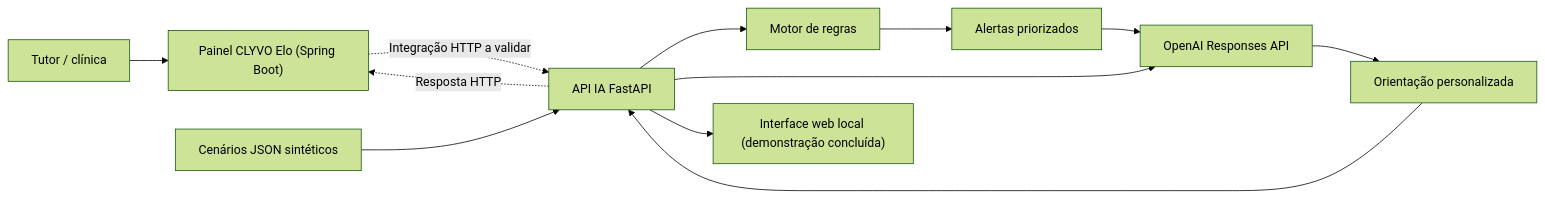
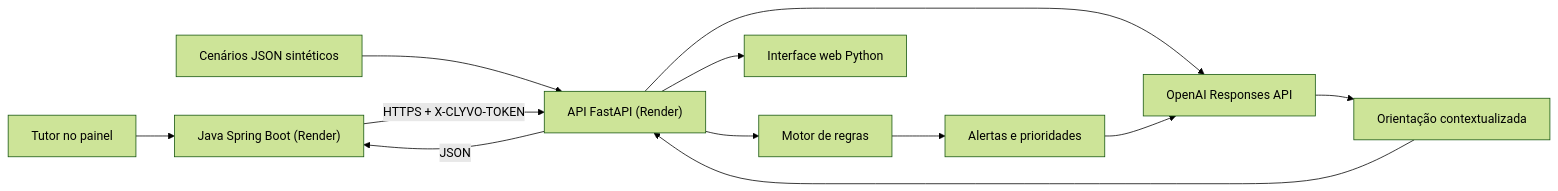
The diagram in docs/arquitetura-sprint4.md (Jsantanadsx/clyvo-elo-ai), drawn with Mermaid (forest theme) before and after one commit. The commit also changed other lines of this file and 10 other files, not shown here.

````diff
--- a/docs/arquitetura-sprint4.md
+++ b/docs/arquitetura-sprint4.md
@@ -3,14 +3,14 @@
 ```mermaid
 flowchart LR
-    T["Tutor / clínica"] --> P["Painel CLYVO Elo (Spring Boot)"]
-    P -. "Integração HTTP a validar" .-> A["API IA FastAPI"]
-    D["Cenários JSON sintéticos"] --> A
-    A --> R["Motor de regras"]
-    R --> Q["Alertas priorizados"]
-    A --> L["OpenAI Responses API"]
-    Q --> L
-    L --> O["Orientação personalizada"]
-    O --> A
-    A -. "Resposta HTTP" .-> P
-    A --> W["Interface web local (demonstração concluída)"]
+    U["Tutor no painel"] --> J["Java Spring Boot (Render)"]
+    C["Cenários JSON sintéticos"] --> F["API FastAPI (Render)"]
+    J -->|"HTTPS + X-CLYVO-TOKEN"| F
+    F --> R["Motor de regras"]
+    R --> P["Alertas e prioridades"]
+    F --> O["OpenAI Responses API"]
+    P --> O
+    O --> T["Orientação contextualizada"]
+    T --> F
+    F -->|"JSON"| J
+    F --> W["Interface web Python"]
 ```
````
